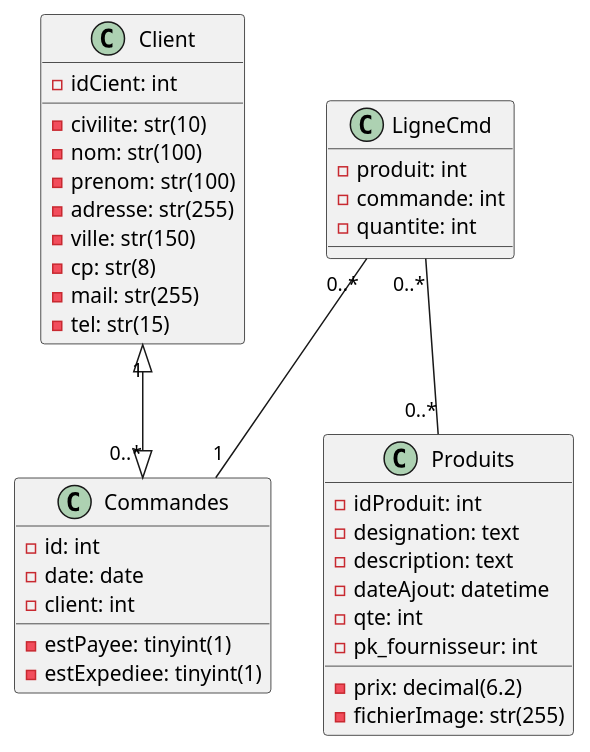
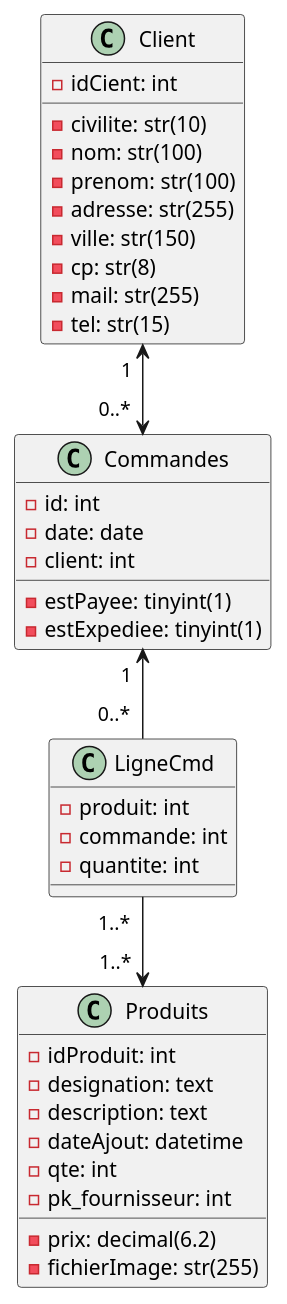
One commit to NathanDMT/CS-Project changed the diagram in Diagram.puml. Above: the diagram before and after it, drawn with PlantUML.

Commit message:
Update du diagram

```diff
--- a/Diagram.puml
+++ b/Diagram.puml
@@ -1,43 +1,42 @@
 @startuml
 class Client {
 - idCient: int
 - civilite: str(10)
 - nom: str(100)
 - prenom: str(100)
 - adresse: str(255)
 - ville: str(150)
 - cp: str(8)
 - mail: str(255)
 - tel: str(15)
 }
 
-
-class LigneCmd {
-- produit: int
-- commande: int
-- quantite: int
-}
-
 class Commandes {
 - id: int
 - date: date
 - estPayee: tinyint(1)
 - estExpediee: tinyint(1)
 - client: int
+}
+
+class LigneCmd {
+- produit: int
+- commande: int
+- quantite: int
 }
 
 class Produits {
 - idProduit: int
 - designation: text
 - description: text
 - dateAjout: datetime
 - qte: int
 - prix: decimal(6.2)
 - fichierImage: str(255)
 - pk_fournisseur: int
 }
 
-Client "1" <|--|> "0..*" Commandes
-LigneCmd "0..*" -- "1" Commandes
-LigneCmd "0..*" -- "0..*" Produits
+Client "1  " <--> "0..*  " Commandes
+Commandes "1  " <-- "0..*  " LigneCmd
+LigneCmd "1..*  " --> "1..*  " Produits
 @enduml
```
